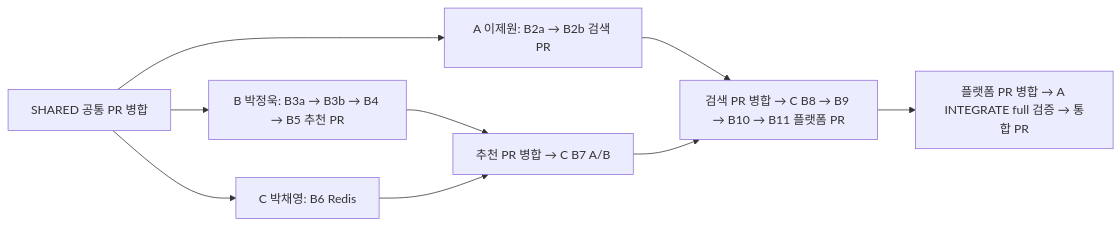
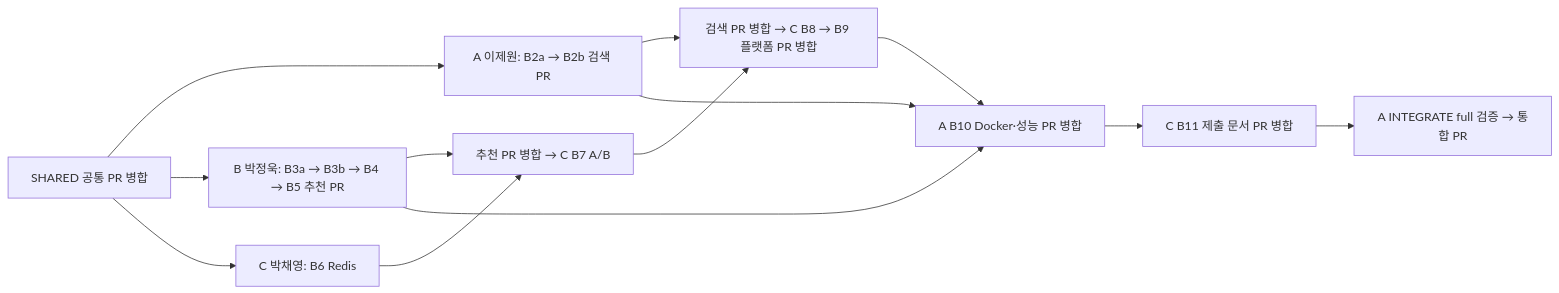
The diagram in docs/team_workflow.md (k-pang-2026/mm-recsys), drawn with Mermaid before and after one commit. The commit also changed other lines of this file and 18 other files, not shown here.

````diff
--- a/docs/team_workflow.md
+++ b/docs/team_workflow.md
@@ -16,11 +20,15 @@
 ```mermaid
 flowchart LR
   S[SHARED 공통 PR 병합] --> A[A 이제원: B2a → B2b 검색 PR]
   S --> B[B 박정욱: B3a → B3b → B4 → B5 추천 PR]
   S --> C[C 박채영: B6 Redis]
   B --> D[추천 PR 병합 → C B7 A/B]
   C --> D
-  A --> E[검색 PR 병합 → C B8 → B9 → B10 → B11 플랫폼 PR]
+  A --> E[검색 PR 병합 → C B8 → B9 플랫폼 PR 병합]
   D --> E
-  E --> F[플랫폼 PR 병합 → A INTEGRATE full 검증 → 통합 PR]
+  E --> G[A B10 Docker·성능 PR 병합]
+  B --> G
+  A --> G
+  G --> H[C B11 제출 문서 PR 병합]
+  H --> F[A INTEGRATE full 검증 → 통합 PR]
 ```
````
